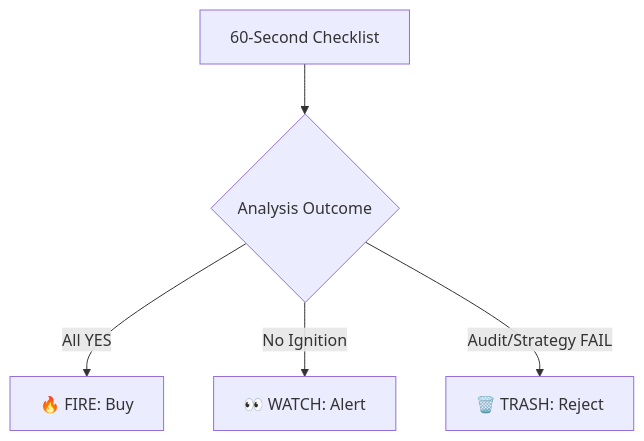
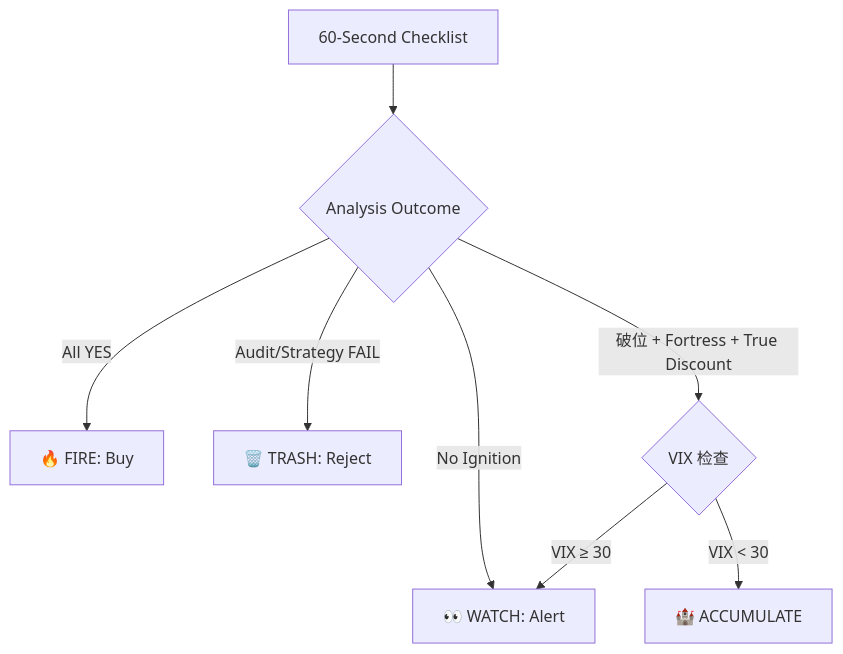
Before and after one commit to WayneJinOSU/growth_ai: diagram 18 of 18 in README.md, drawn with Mermaid. The commit also changed other lines of this file and 20 other files, not shown here.

````diff
--- a/README.md
+++ b/README.md
@@ -402,7 +409,10 @@
 ```mermaid
 flowchart TD
     Chk["60-Second Checklist"] --> Out{Analysis Outcome}
     Out -- "All YES" --> F["🔥 FIRE: Buy"]
     Out -- "No Ignition" --> W["👀 WATCH: Alert"]
     Out -- "Audit/Strategy FAIL" --> T["🗑️ TRASH: Reject"]
+    Out -- "破位 + Fortress + True Discount" --> Fort{"VIX 检查"}
+    Fort -- "VIX < 30" --> A["🏰 ACCUMULATE"]
+    Fort -- "VIX ≥ 30" --> W
 ```
````
